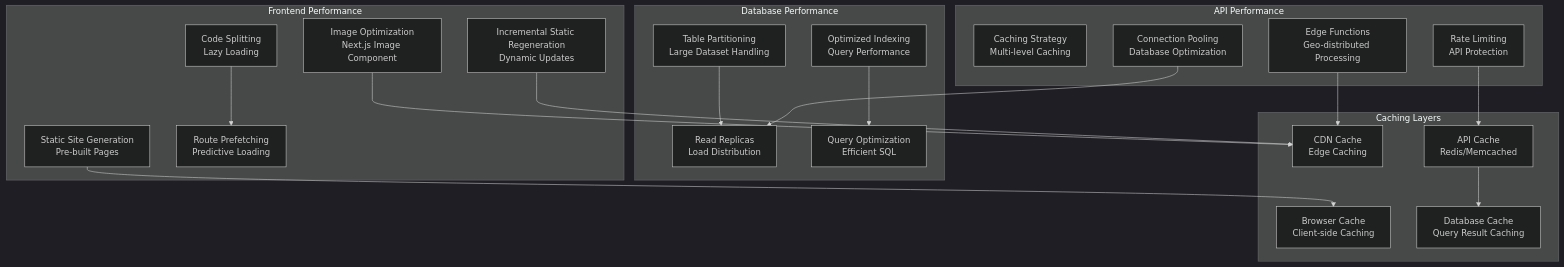
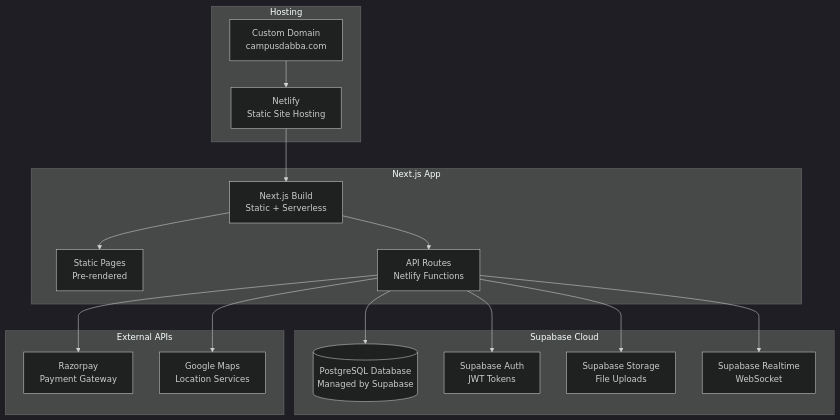
Before and after one commit to ArnavBallinCode/Diagram: diagram 14 of 14 in arch.md, drawn with Mermaid (dark theme). The commit also changed other lines of this file, not shown here.

````diff
--- a/arch.md
+++ b/arch.md
@@ -1259,45 +1471,39 @@
 ```mermaid
 graph TB
-    subgraph "Frontend Performance"
-        SSG[Static Site Generation<br/>Pre-built Pages]
-        ISR[Incremental Static Regeneration<br/>Dynamic Updates]
-        CODE_SPLIT[Code Splitting<br/>Lazy Loading]
-        IMAGE_OPT[Image Optimization<br/>Next.js Image Component]
-        PREFETCH[Route Prefetching<br/>Predictive Loading]
+    subgraph "Hosting"
+        NETLIFY[Netlify<br/>Static Site Hosting]
+        DOMAIN[Custom Domain<br/>campusdabba.com]
     end
     
-    subgraph "API Performance"
-        CACHE_STRATEGY[Caching Strategy<br/>Multi-level Caching]
-        EDGE_FUNCTIONS[Edge Functions<br/>Geo-distributed Processing]
-        CONNECTION_POOL[Connection Pooling<br/>Database Optimization]
-        RATE_LIMIT[Rate Limiting<br/>API Protection]
+    subgraph "Next.js App"
+        BUILD[Next.js Build<br/>Static + Serverless]
+        PAGES[Static Pages<br/>Pre-rendered]
+        API[API Routes<br/>Netlify Functions]
     end
     
-    subgraph "Database Performance"
-        INDEXING[Optimized Indexing<br/>Query Performance]
-        PARTITIONING[Table Partitioning<br/>Large Dataset Handling]
-        REPLICATION[Read Replicas<br/>Load Distribution]
-        QUERY_OPT[Query Optimization<br/>Efficient SQL]
+    subgraph "Supabase Cloud"
+        DB[(PostgreSQL Database<br/>Managed by Supabase)]
+        AUTH[Supabase Auth<br/>JWT Tokens]
+        STORAGE[Supabase Storage<br/>File Uploads]
+        REALTIME[Supabase Realtime<br/>WebSocket]
     end
     
-    subgraph "Caching Layers"
-        BROWSER_CACHE[Browser Cache<br/>Client-side Caching]
-        CDN_CACHE[CDN Cache<br/>Edge Caching]
-        API_CACHE[API Cache<br/>Redis/Memcached]
-        DB_CACHE[Database Cache<br/>Query Result Caching]
+    subgraph "External APIs"
+        RAZORPAY[Razorpay<br/>Payment Gateway]
+        MAPS[Google Maps<br/>Location Services]
     end
     
-    SSG --> BROWSER_CACHE
-    ISR --> CDN_CACHE
-    CODE_SPLIT --> PREFETCH
-    IMAGE_OPT --> CDN_CACHE
+    NETLIFY --> BUILD
+    BUILD --> PAGES
+    BUILD --> API
     
-    EDGE_FUNCTIONS --> CDN_CACHE
-    CONNECTION_POOL --> REPLICATION
-    RATE_LIMIT --> API_CACHE
+    API --> DB
+    API --> AUTH
+    API --> STORAGE
+    API --> REALTIME
     
-    INDEXING --> QUERY_OPT
-    PARTITIONING --> REPLICATION
+    API --> RAZORPAY
+    API --> MAPS
     
-    API_CACHE --> DB_CACHE
+    DOMAIN --> NETLIFY
 ```
````
